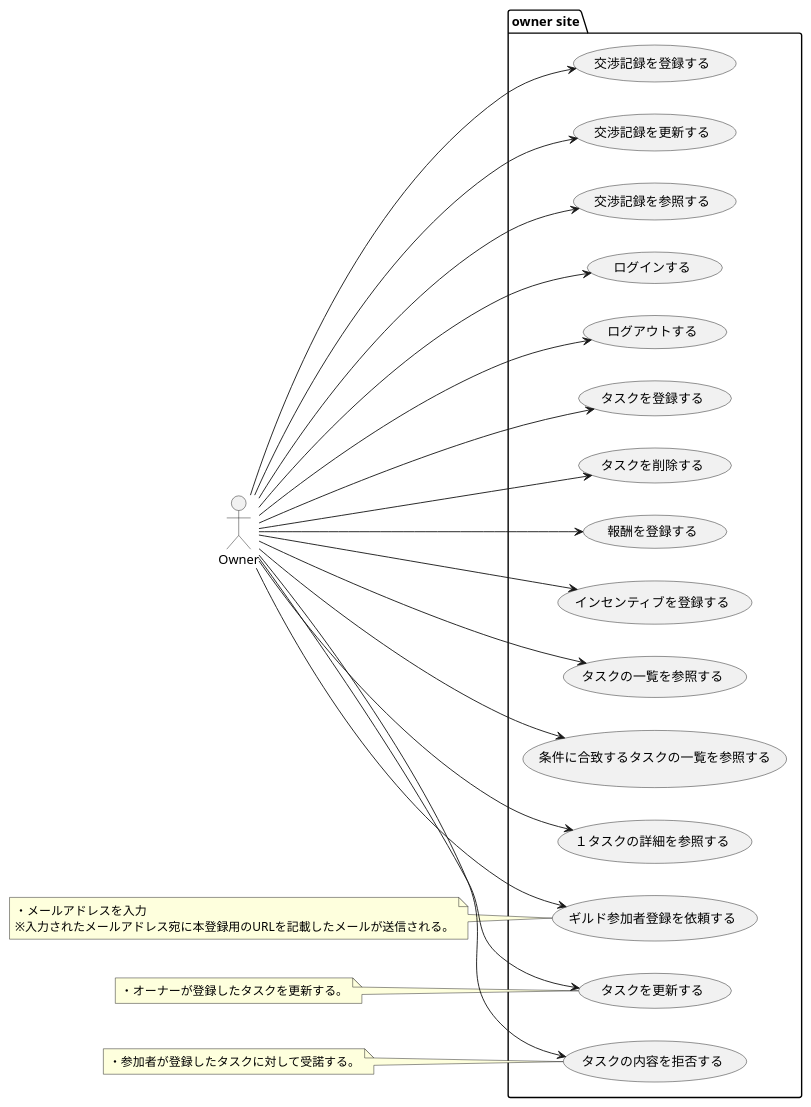
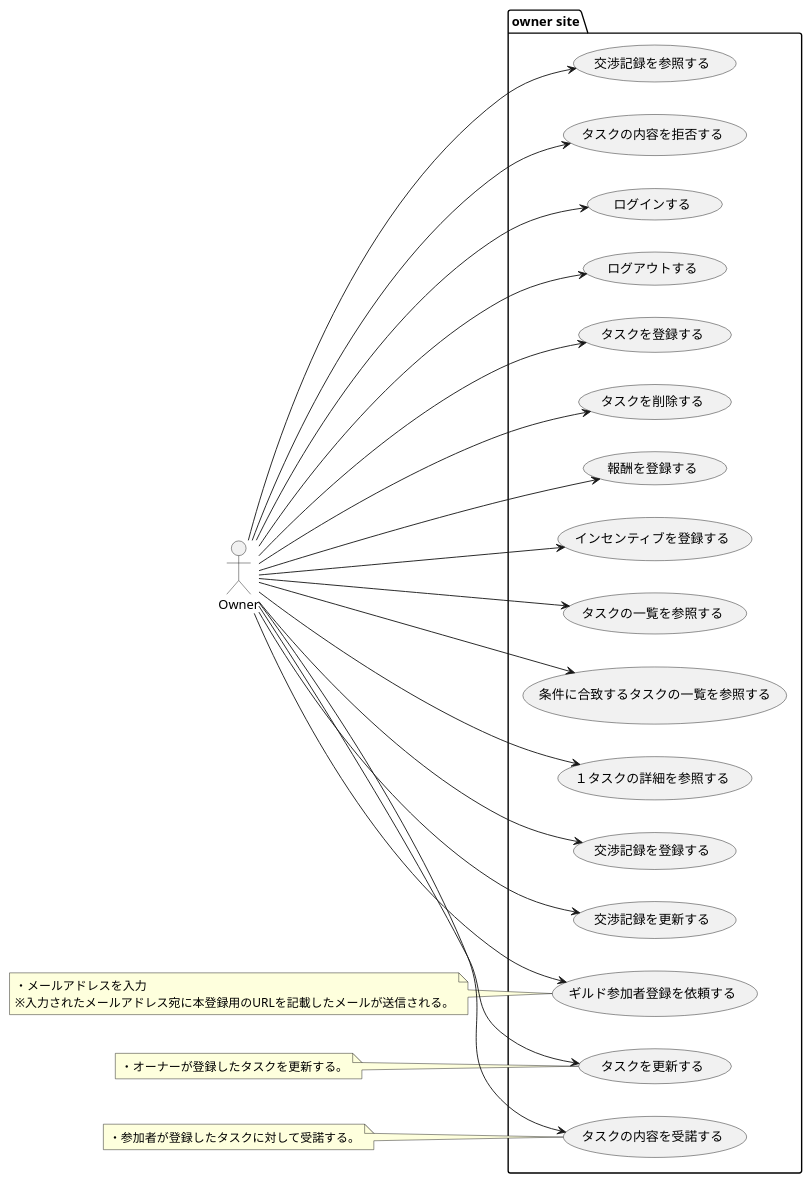
The diagram in design/usecase/owner/usecase.puml (sky0621/familiagildo), drawn with PlantUML before and after one commit. The commit also changed 1 other file, not shown here.

```diff
--- a/design/usecase/owner/usecase.puml
+++ b/design/usecase/owner/usecase.puml
@@ -1,55 +1,56 @@
 @startuml
 
 left to right direction
 
 actor Owner as o
 
 package "owner site" {
     usecase "ログインする" as loginByOwner
     usecase "ログアウトする" as logoutByOwner
     usecase "ギルド参加者登録を依頼する" as requestCreateParticipant
     usecase "タスクを登録する" as createTaskByOwner
     usecase "タスクを更新する" as updateTaskByOwner
     usecase "タスクを削除する" as deleteTaskByOwner
     usecase "報酬を登録する" as createRewardByOwner
     usecase "インセンティブを登録する" as createIncentiveByOwner
     usecase "タスクの一覧を参照する" as listTaskByOwner
     usecase "条件に合致するタスクの一覧を参照する" as findTaskByOwner
     usecase "１タスクの詳細を参照する" as getTaskByOwner
     usecase "交渉記録を登録する" as createNegotiationRecordByOwner
     usecase "交渉記録を更新する" as updateNegotiationRecordByOwner
     usecase "交渉記録を参照する" as getNegotiationRecordByOwner
     usecase "タスクの内容を受諾する" as acceptTaskByOwner
-    usecase "タスクの内容を拒否する" as acceptTaskByOwner
+    usecase "タスクの内容を拒否する" as rejectTaskByOwner
 }
 
 o --> loginByOwner
 o --> logoutByOwner
 o --> requestCreateParticipant
 o --> createTaskByOwner
 o --> updateTaskByOwner
 o --> deleteTaskByOwner
 o --> createRewardByOwner
 o --> createIncentiveByOwner
 o --> listTaskByOwner
 o --> findTaskByOwner
 o --> getTaskByOwner
 o --> createNegotiationRecordByOwner
 o --> updateNegotiationRecordByOwner
 o --> getNegotiationRecordByOwner
 o --> acceptTaskByOwner
+o --> rejectTaskByOwner
 
 note left of requestCreateParticipant
 ・メールアドレスを入力
 ※入力されたメールアドレス宛に本登録用のURLを記載したメールが送信される。
 end note
 
 note left of updateTaskByOwner
 ・オーナーが登録したタスクを更新する。
 end note
 
 note left of acceptTaskByOwner
 ・参加者が登録したタスクに対して受諾する。
 end note
 
 @enduml
```
